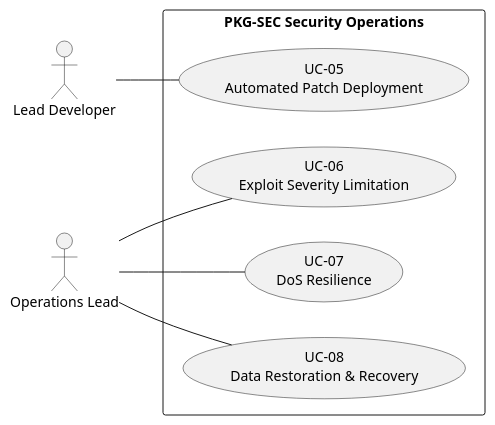
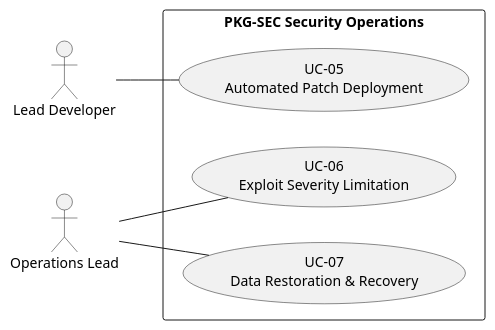
One commit to pauloribeiro16/Methodology_compact changed the eighth of 11 diagrams in 02_CASES/Case_01_TinyTask_SaaS/03_PHASE3_DECOMPOSITION_RICH/annexes/A_Use_Case_Diagrams.md. Above: the diagram before and after it, drawn with PlantUML. The commit also changed other lines of this file and 23 other files, not shown here.

Commit message:
[EXECUTOR] F3 ledger-zero C1: 4 borderline re-laned (UC-07/11/12/16 → PROC-18..21, P7) + compact renumber (36 UCs: compliance 01..13, product 14..36); Doc20 v3.4 + Doc32 v1.3 (4 SSDF cards + articulation) + annexes/SVGs; gates green (verify_rich exit 0, mermaid 196/196, smoke 16/16)

````diff
--- a/02_CASES/Case_01_TinyTask_SaaS/03_PHASE3_DECOMPOSITION_RICH/annexes/A_Use_Case_Diagrams.md
+++ b/02_CASES/Case_01_TinyTask_SaaS/03_PHASE3_DECOMPOSITION_RICH/annexes/A_Use_Case_Diagrams.md
@@ -288,17 +288,15 @@
 ```plantuml
 @startuml
 left to right direction
 actor "Lead Developer" as DEV
 actor "Operations Lead" as OPS
 rectangle "PKG-SEC Security Operations" {
 usecase "UC-05\nAutomated Patch Deployment" as UC221
 usecase "UC-06\nExploit Severity Limitation" as UC241
-usecase "UC-07\nDoS Resilience" as UC242
-usecase "UC-08\nData Restoration & Recovery" as UC261
+usecase "UC-07\nData Restoration & Recovery" as UC261
 }
 DEV -- UC221
 OPS -- UC241
-OPS -- UC242
 OPS -- UC261
 @enduml
 ```
````
